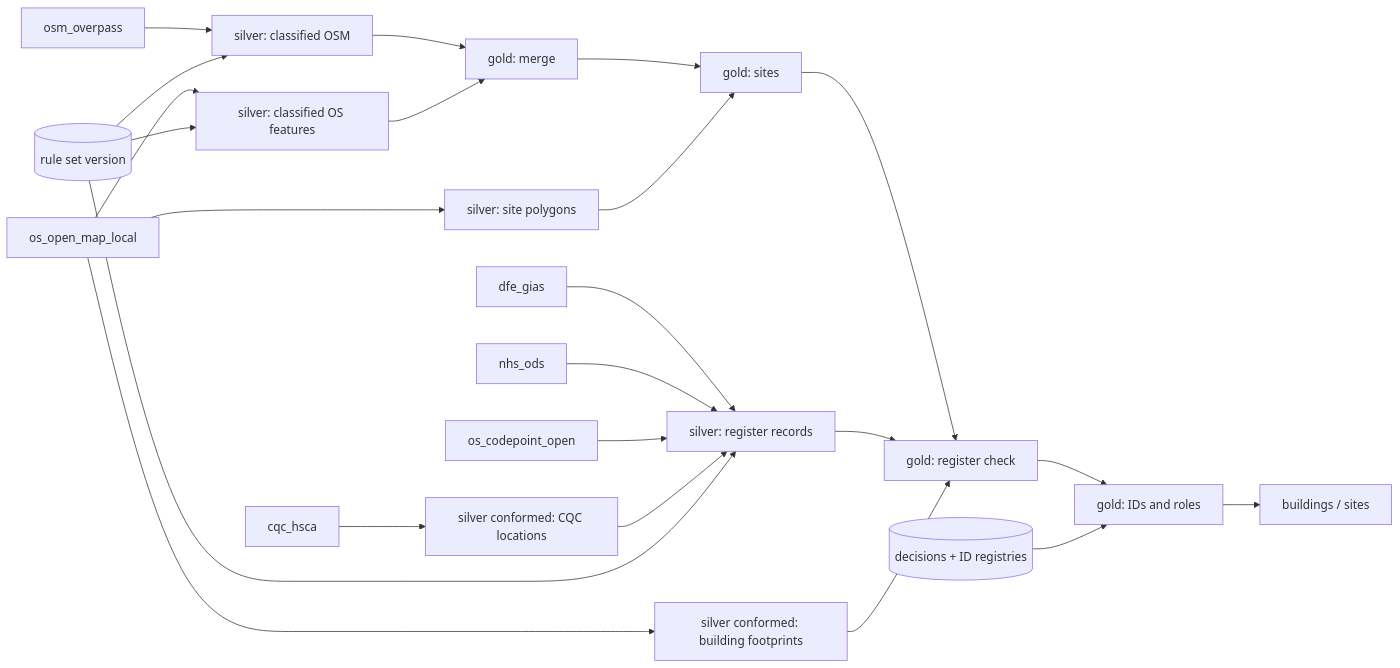
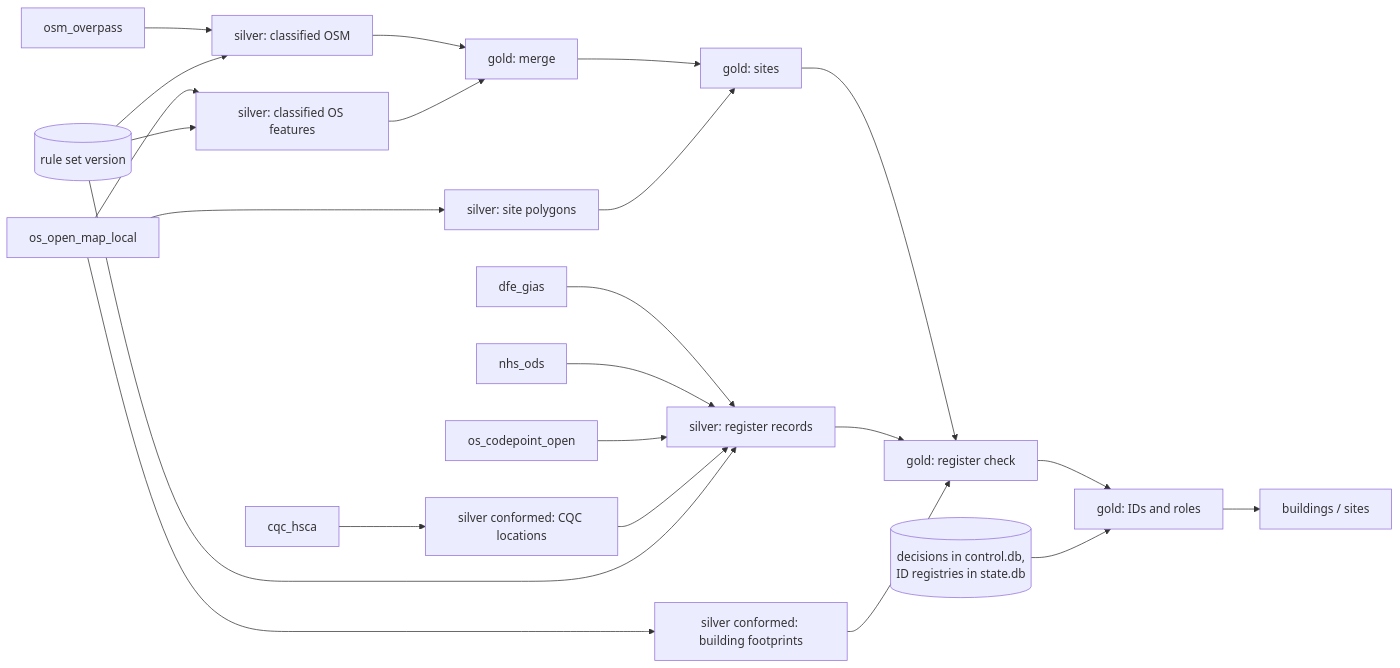
Before and after one commit to steadytack/CriticalBuildings: the second of 2 diagrams in docs/guide.md, drawn with Mermaid. The commit also changed other lines of this file and 12 other files, not shown here.

````diff
--- a/docs/guide.md
+++ b/docs/guide.md
@@ -166,23 +174,23 @@
 ```mermaid
 flowchart LR
     osm[osm_overpass] --> cls[silver: classified OSM]
     oml[os_open_map_local] --> cos[silver: classified OS features]
     oml --> fs[silver: site polygons]
     oml --> bf[silver conformed: building footprints]
     cqc[cqc_hsca] --> cc[silver conformed: CQC locations]
     dfe[dfe_gias] --> reg[silver: register records]
     nhs[nhs_ods] --> reg
     cp[os_codepoint_open] --> reg
     cc --> reg
     rules[(rule set version)] --> cls
     rules --> cos
     rules --> reg
     cls --> m[gold: merge]
     cos --> m --> s[gold: sites] --> r[gold: register check]
     fs --> s
     reg --> r
     bf --> r
     r --> id[gold: IDs and roles]
-    ov[(decisions + ID registries)] --> id
+    ov[(decisions in control.db,<br/>ID registries in state.db)] --> id
     id --> out[buildings / sites]
 ```
````
